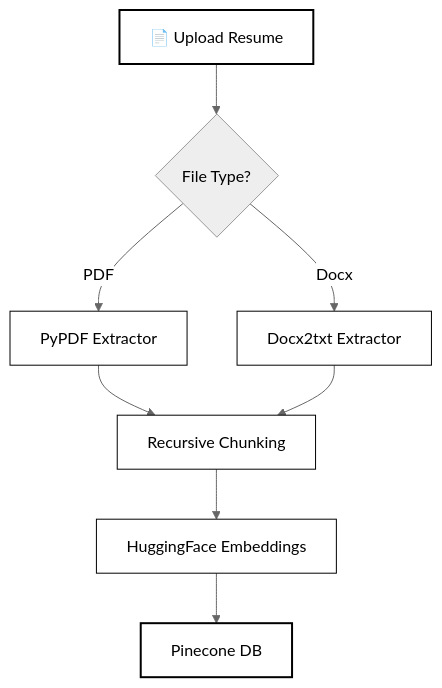
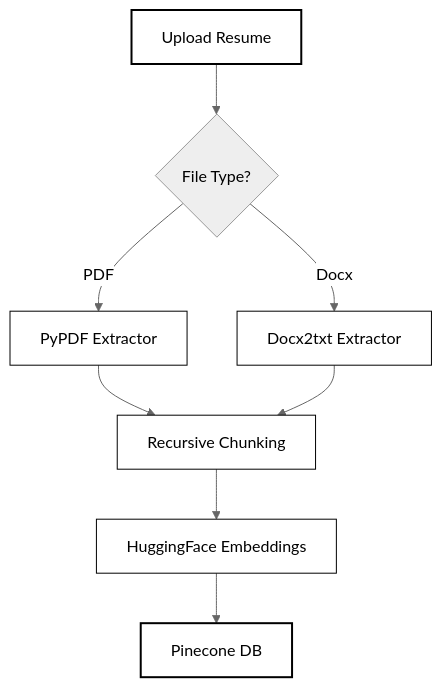
Before and after one commit to Abdullasaqib/Agentic-ATS-System: the first of 2 diagrams in README.md, drawn with Mermaid (neutral theme). The commit also changed other lines of this file, not shown here.

````diff
--- a/README.md
+++ b/README.md
@@ -19,17 +19,17 @@
 ```mermaid
 graph TD
-    A["📄 Upload Resume"] --> B{"File Type?"}
+    A["Upload Resume"] --> B{"File Type?"}
     B -- PDF --> C["PyPDF Extractor"]
     B -- Docx --> D["Docx2txt Extractor"]
     C --> E["Recursive Chunking"]
     D --> E
     E --> F["HuggingFace Embeddings"]
     F --> G["Pinecone DB"]
 
     style A fill:#fff,stroke:#000,stroke-width:2px
     style G fill:#fff,stroke:#000,stroke-width:2px
     style C fill:#fff,stroke:#000
     style D fill:#fff,stroke:#000
     style E fill:#fff,stroke:#000
     style F fill:#fff,stroke:#000
 ```
````
